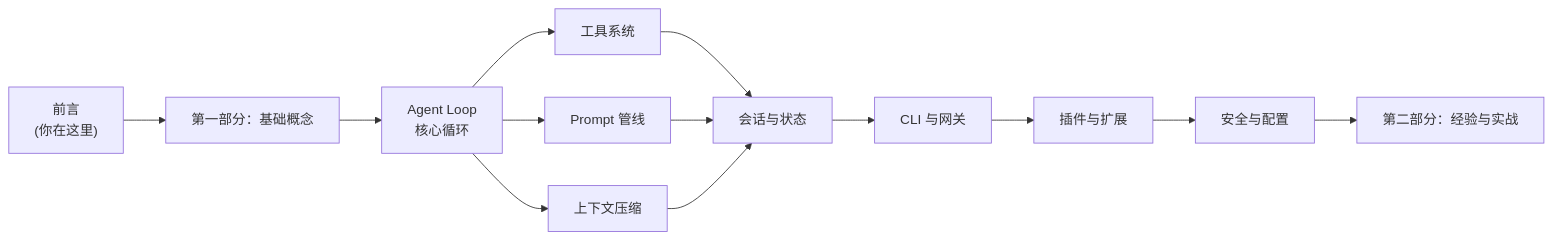
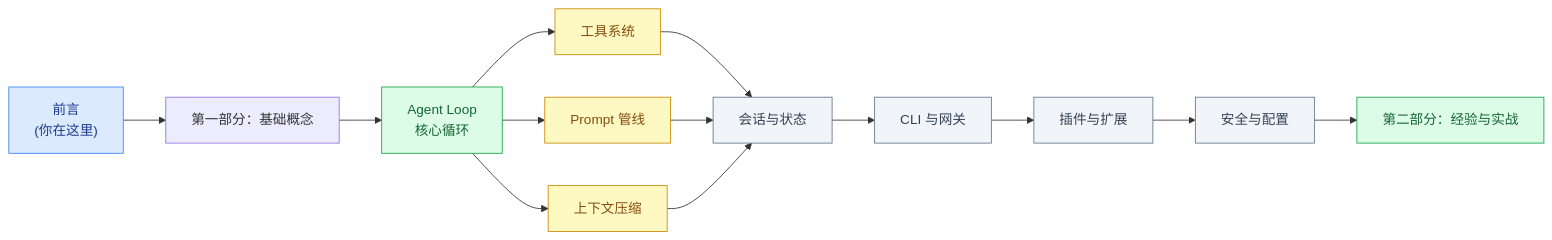
One commit to pty819/hermes-docs changed the diagram in chapters/preface.rst. Above: the diagram before and after it, drawn with Mermaid. The commit also changed other lines of this file and 27 other files, not shown here.

```diff
--- a/chapters/preface.rst
+++ b/chapters/preface.rst
@@ -95,15 +97,28 @@
 .. mermaid::
+   :name: reading-path
+   :caption: 推荐阅读路径
 
-   graph LR
+   flowchart LR
+       classDef start fill:#dbeafe,stroke:#3b82f6,color:#1e3a8a
+       classDef success fill:#dcfce7,stroke:#16a34a,color:#166534
+       classDef warn fill:#fef9c3,stroke:#ca8a04,color:#854d0e
+       classDef info fill:#f1f5f9,stroke:#64748b,color:#334155
+
        A["前言<br/>(你在这里)"] --> B["第一部分：基础概念"]
        B --> C["Agent Loop<br/>核心循环"]
        C --> D["工具系统"]
        C --> E["Prompt 管线"]
        C --> F["上下文压缩"]
        D --> G["会话与状态"]
        E --> G
        F --> G
        G --> H["CLI 与网关"]
        H --> I["插件与扩展"]
        I --> J["安全与配置"]
        J --> K["第二部分：经验与实战"]
+
+       class A start
+       class C success
+       class D,E,F warn
+       class G,H,I,J info
+       class K success
```
